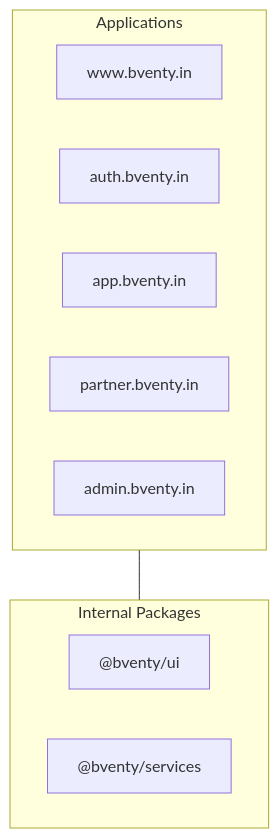
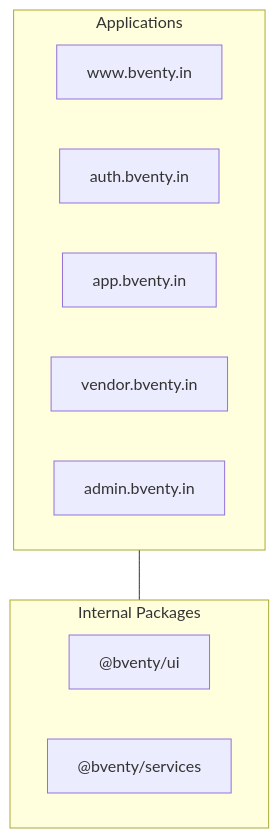
One commit to once-human/bventy-web changed the first of 2 diagrams in docs/architecture/overview.md. Above: the diagram before and after it, drawn with Mermaid. The commit also changed 5 other files, not shown here.

````diff
--- a/docs/architecture/overview.md
+++ b/docs/architecture/overview.md
@@ -9,17 +9,17 @@
 ```mermaid
 graph TD
     subgraph apps [Applications]
         WWW[www.bventy.in]
         AUTH[auth.bventy.in]
         APP[app.bventy.in]
-        PARTNER[partner.bventy.in]
+        VENDOR[vendor.bventy.in]
         ADMIN[admin.bventy.in]
     end
 
     subgraph internal [Internal Packages]
         UI["@bventy/ui"]
         SVC["@bventy/services"]
     end
 
     apps --- internal
 ```
````
